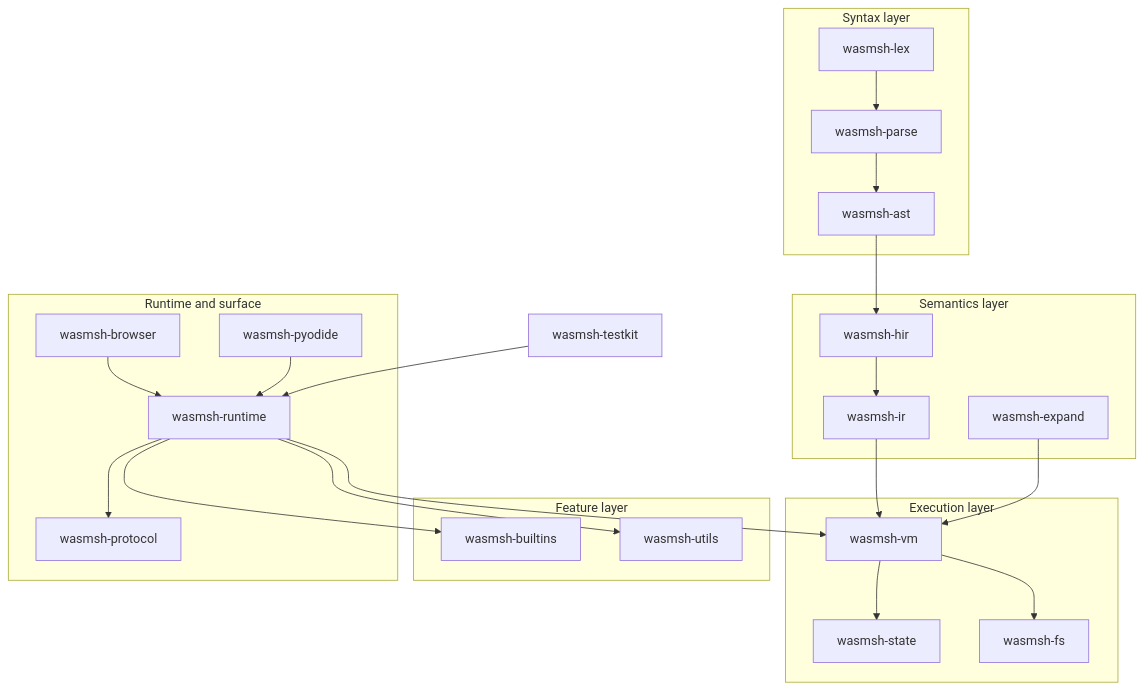
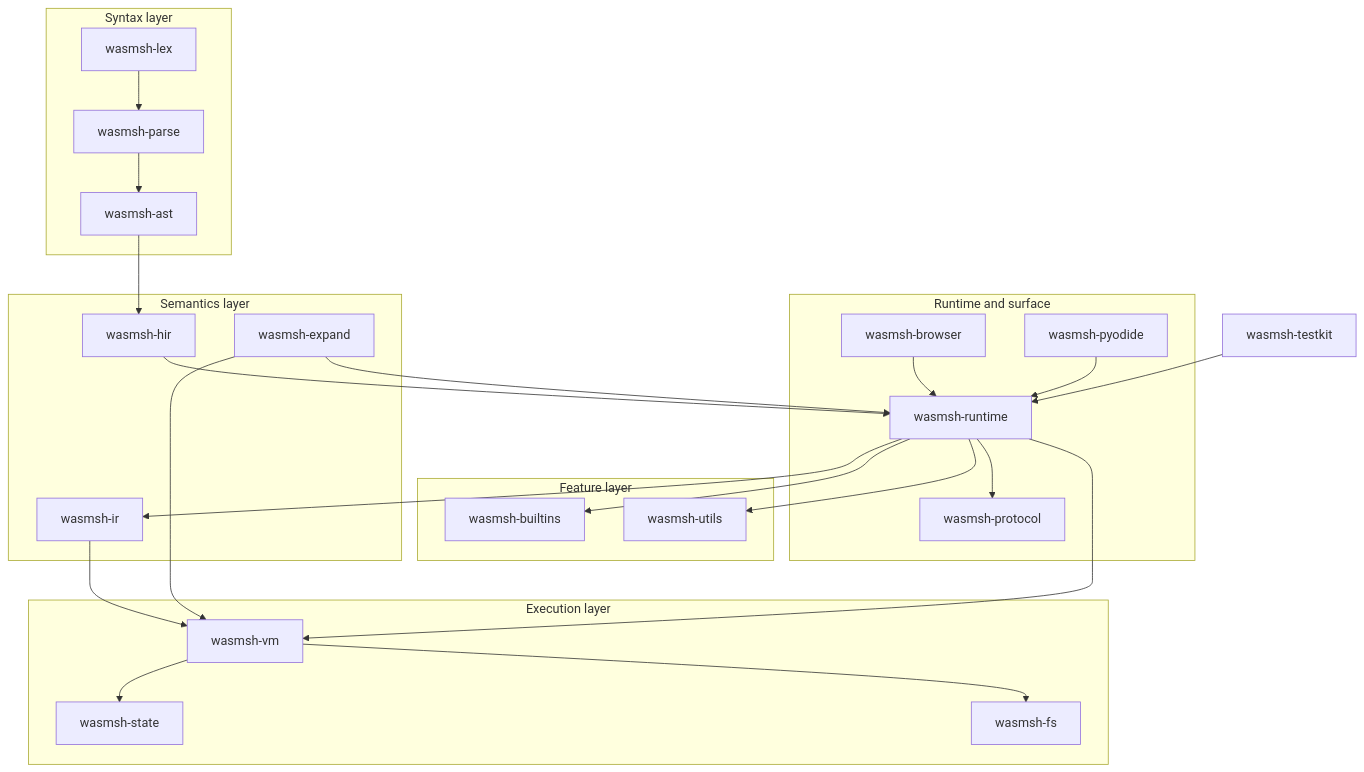
One commit to mayflower/wasmsh changed the second of 4 diagrams in docs/explanation/architecture.md. Above: the diagram before and after it, drawn with Mermaid. The commit also changed other lines of this file and 32 other files, not shown here.

````diff
--- a/docs/explanation/architecture.md
+++ b/docs/explanation/architecture.md
@@ -43,42 +47,45 @@
 ```mermaid
 graph TD
     subgraph syntax[Syntax layer]
         ast[wasmsh-ast]
         lex[wasmsh-lex]
         parse[wasmsh-parse]
     end
     subgraph semantics[Semantics layer]
         hir[wasmsh-hir]
         ir[wasmsh-ir]
         expand[wasmsh-expand]
     end
     subgraph execution[Execution layer]
         vm[wasmsh-vm]
         state[wasmsh-state]
         fs[wasmsh-fs]
     end
     subgraph features[Feature layer]
         builtins[wasmsh-builtins]
         utils[wasmsh-utils]
     end
     subgraph surface[Runtime and surface]
         runtime[wasmsh-runtime]
         protocol[wasmsh-protocol]
         browser[wasmsh-browser]
         pyodide[wasmsh-pyodide]
     end
 
     lex --> parse --> ast
-    ast --> hir --> ir
+    ast --> hir
+    hir --> runtime
+    runtime --> ir
     ir --> vm
+    expand --> runtime
     expand --> vm
     vm --> state
     vm --> fs
     runtime --> vm
     runtime --> builtins
     runtime --> utils
     runtime --> protocol
     browser --> runtime
     pyodide --> runtime
     testkit[wasmsh-testkit] --> runtime
 ```
````
